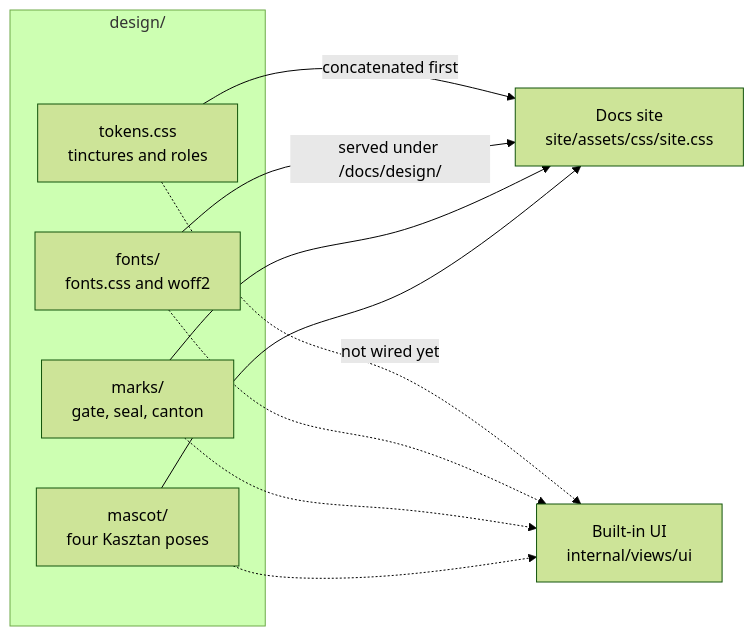
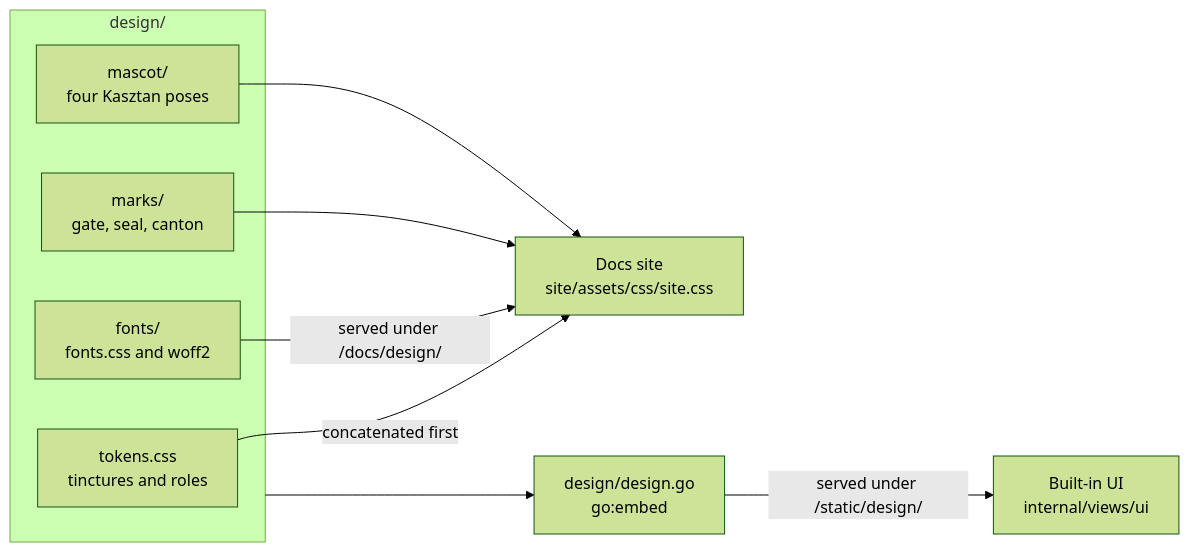
The diagram in docs/dev/design-system.md (arkadiuss/openfief), drawn with Mermaid (forest theme) before and after one commit. The commit also changed other lines of this file and 56 other files, not shown here.

````diff
--- a/docs/dev/design-system.md
+++ b/docs/dev/design-system.md
@@ -115,19 +115,18 @@
 ```mermaid
 flowchart LR
   subgraph design["design/"]
     tokens["tokens.css<br/>tinctures and roles"]
     fonts["fonts/<br/>fonts.css and woff2"]
     marks["marks/<br/>gate, seal, canton"]
     mascot["mascot/<br/>four Kasztan poses"]
   end
   site["Docs site<br/>site/assets/css/site.css"]
   ui["Built-in UI<br/>internal/views/ui"]
+  embed["design/design.go<br/>go:embed"]
   tokens -- "concatenated first" --> site
   fonts -- "served under /docs/design/" --> site
   marks --> site
   mascot --> site
-  tokens -. "not wired yet" .-> ui
-  fonts -.-> ui
-  marks -.-> ui
-  mascot -.-> ui
+  design --> embed
+  embed -- "served under /static/design/" --> ui
 ```
````
